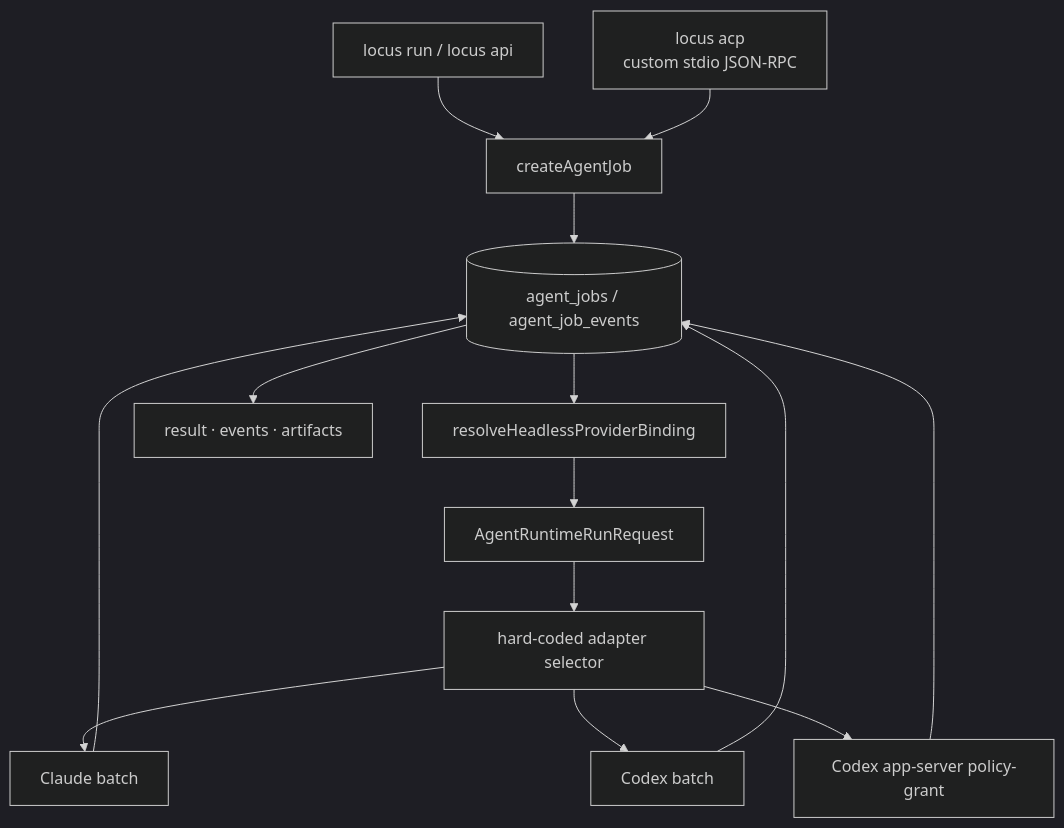
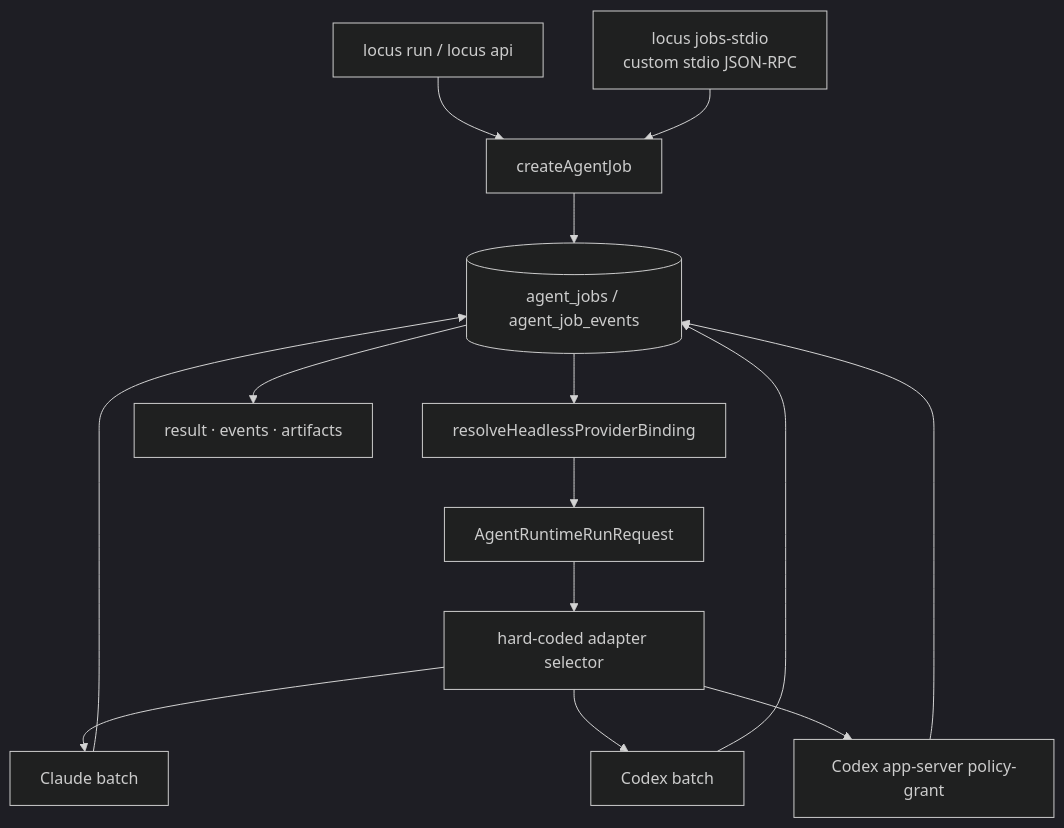
One commit to lupanpan1030/agent-code-for-me changed the sixth of 7 diagrams in docs/locus-architecture-strategy-handoff.zh-CN.md. Above: the diagram before and after it, drawn with Mermaid (dark theme). The commit also changed other lines of this file and 66 other files, not shown here.

````diff
--- a/docs/locus-architecture-strategy-handoff.zh-CN.md
+++ b/docs/locus-architecture-strategy-handoff.zh-CN.md
@@ -781,28 +788,28 @@
 ```mermaid
 flowchart TD
     CLI["locus run / locus api"]
-    STDIO["locus acp\ncustom stdio JSON-RPC"]
+    STDIO["locus jobs-stdio\ncustom stdio JSON-RPC"]
     CREATE["createAgentJob"]
     STORE[("agent_jobs / agent_job_events")]
     BIND["resolveHeadlessProviderBinding"]
     REQUEST["AgentRuntimeRunRequest"]
     SELECT["hard-coded adapter selector"]
     C["Claude batch"]
     X["Codex batch"]
     A["Codex app-server policy-grant"]
     OUT["result · events · artifacts"]
 
     CLI --> CREATE
     STDIO --> CREATE
     CREATE --> STORE
     STORE --> BIND
     BIND --> REQUEST
     REQUEST --> SELECT
     SELECT --> C
     SELECT --> X
     SELECT --> A
     C --> STORE
     X --> STORE
     A --> STORE
     STORE --> OUT
 ```
````
